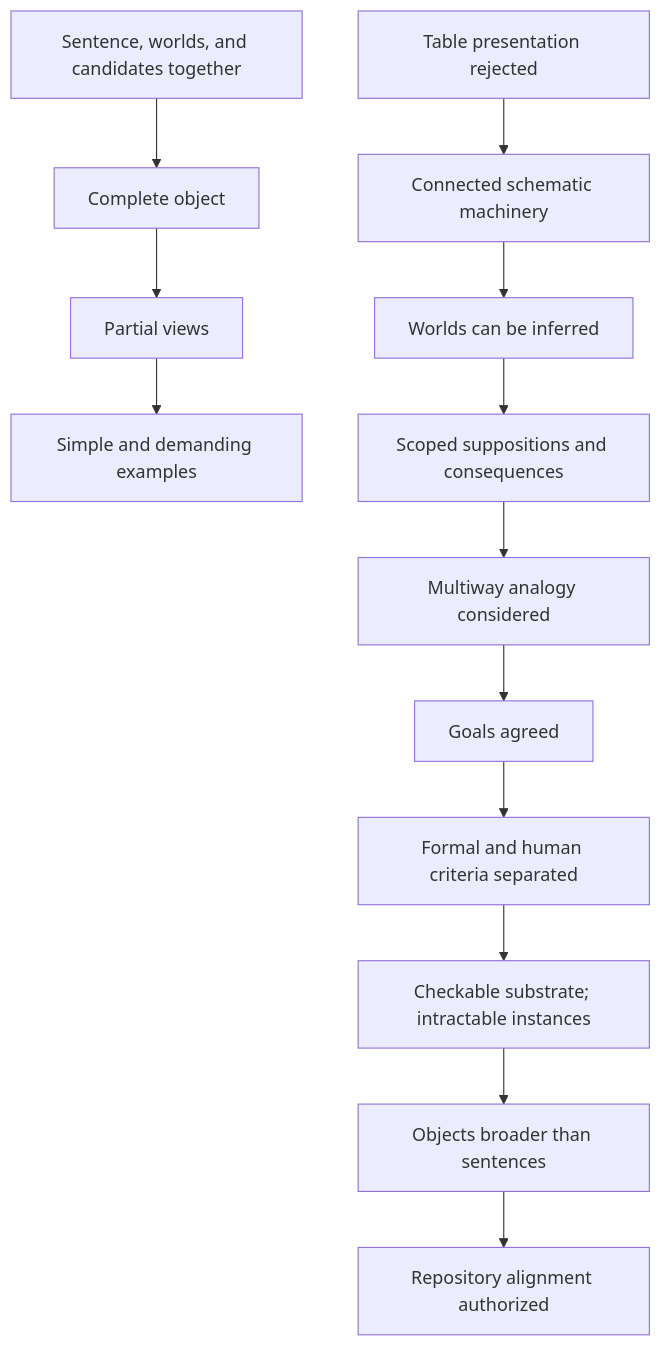
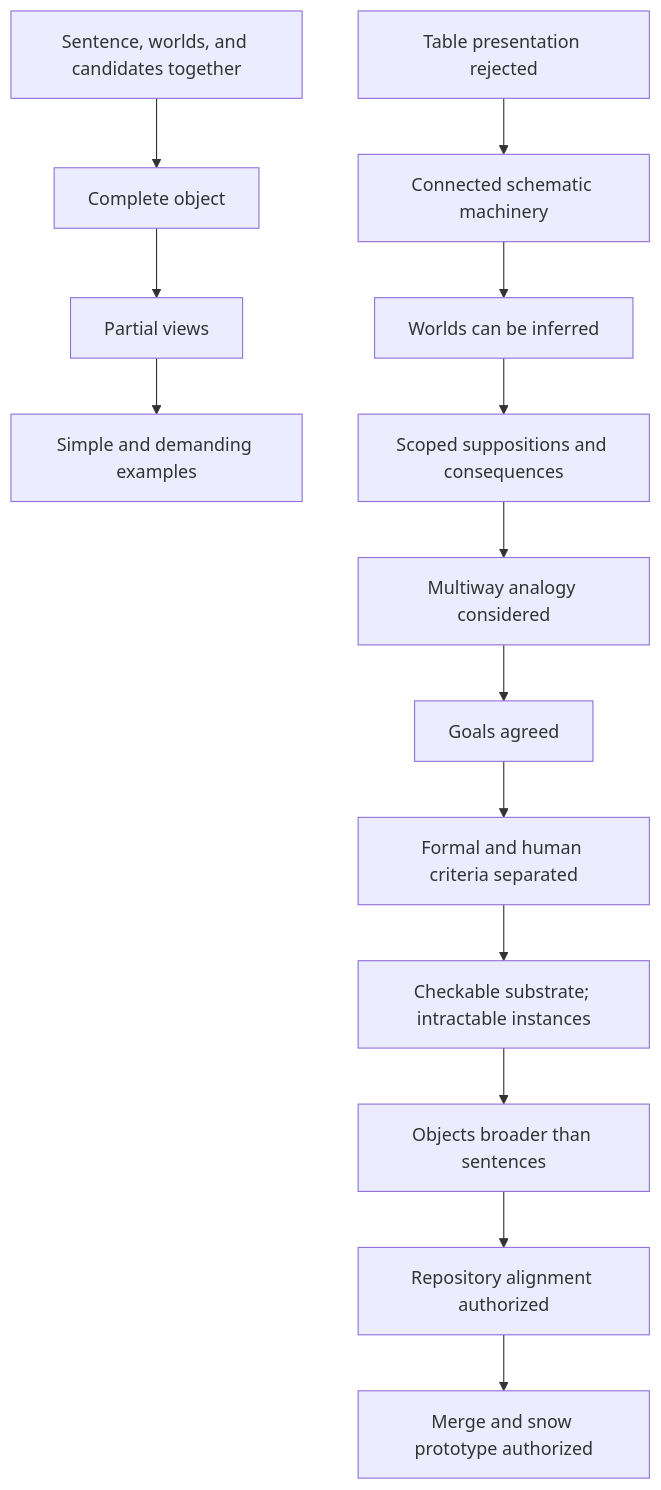
Before and after one commit to BrianMills2718/self-reference-diagrams: the diagram in docs/inquiry-trace.md, drawn with Mermaid. The commit also changed other lines of this file and 11 other files, not shown here.

Commit message:
Prototype finite reasoning objects and a snow-sentence schematic for review

````diff
--- a/docs/inquiry-trace.md
+++ b/docs/inquiry-trace.md
@@ -9,15 +9,16 @@
 ```mermaid
 flowchart TD
   Q01["Sentence, worlds, and candidates together"] --> Q02["Complete object"]
   Q02 --> Q03["Partial views"]
   Q03 --> Q04["Simple and demanding examples"]
   Q05["Table presentation rejected"] --> Q06["Connected schematic machinery"]
   Q06 --> Q07["Worlds can be inferred"]
   Q07 --> Q08["Scoped suppositions and consequences"]
   Q08 --> Q09["Multiway analogy considered"]
   Q09 --> Q10["Goals agreed"]
   Q10 --> Q11["Formal and human criteria separated"]
   Q11 --> Q12["Checkable substrate; intractable instances"]
   Q12 --> Q14["Objects broader than sentences"]
   Q14 --> Q15["Repository alignment authorized"]
+  Q15 --> Q16["Merge and snow prototype authorized"]
 ```
````
